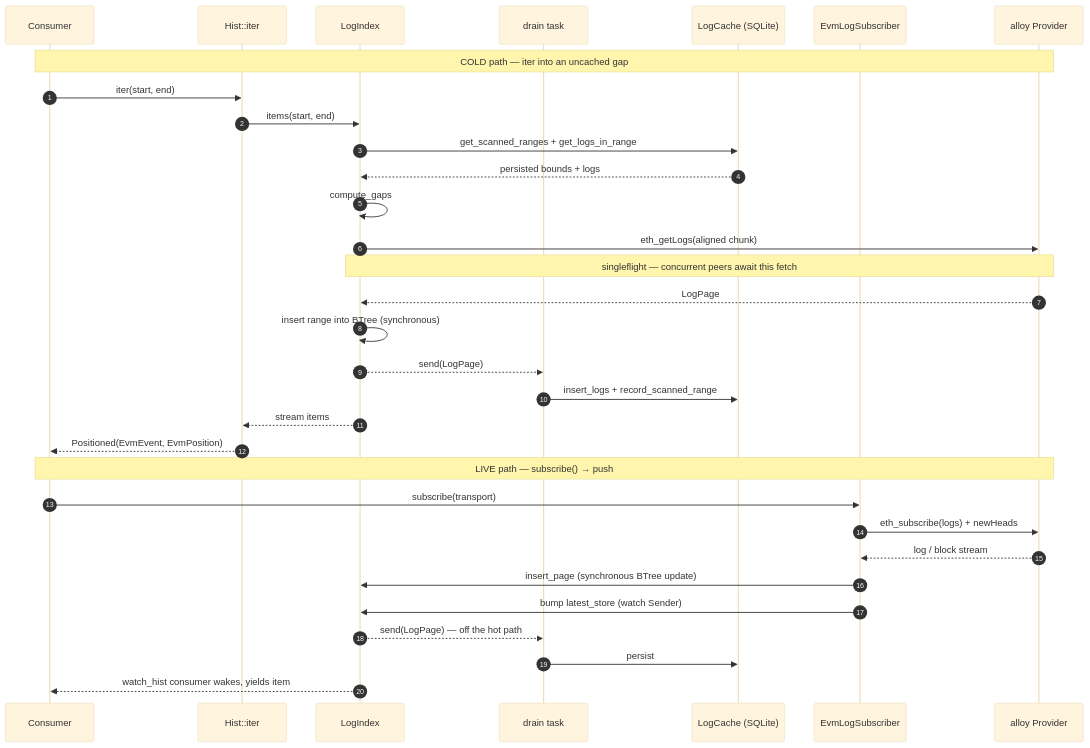
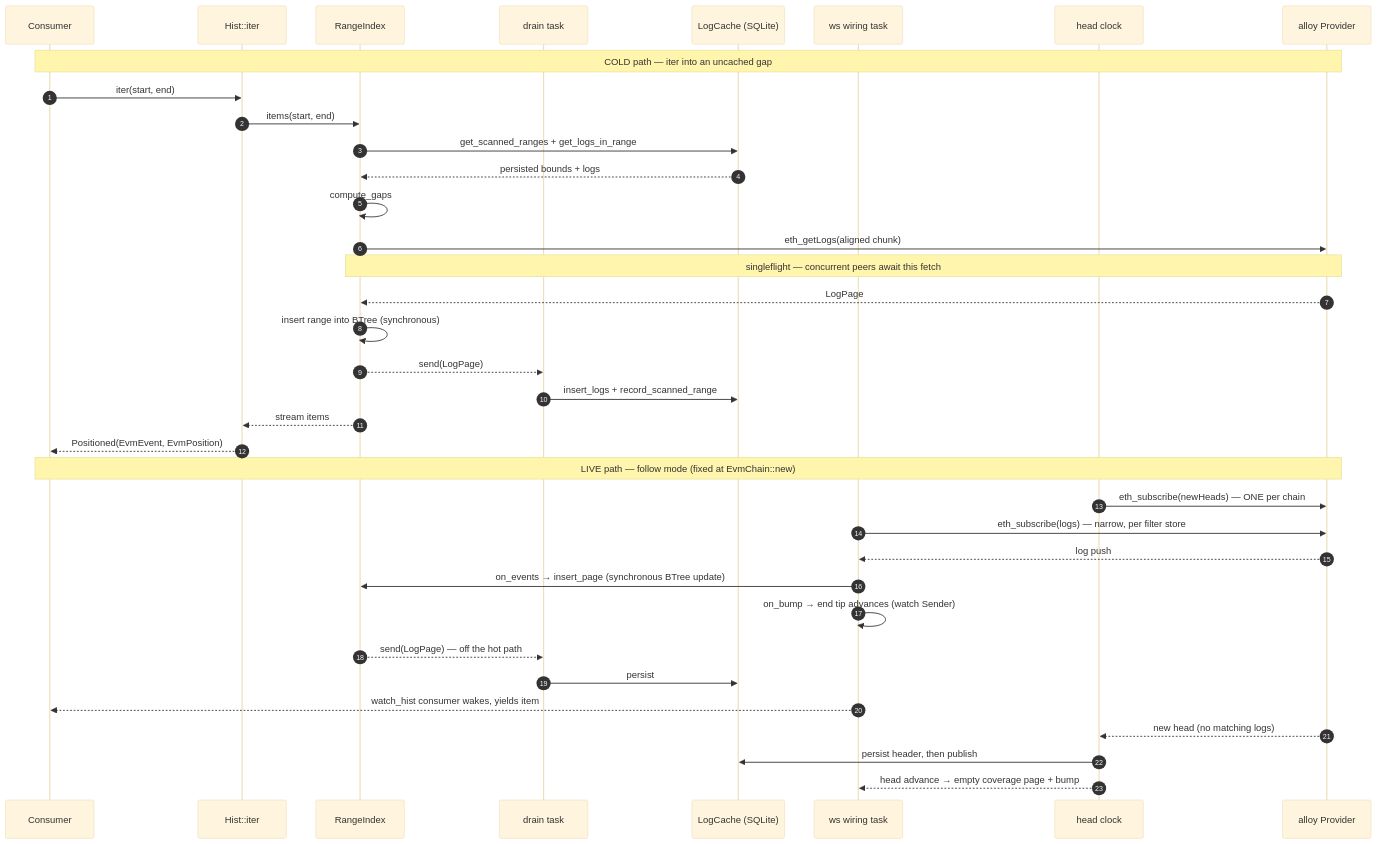
One commit to nikicat/chainfold changed the eighth of 12 diagrams in docs/ARCHITECTURE.md. Above: the diagram before and after it, drawn with Mermaid (base theme). The commit also changed other lines of this file and 2 other files, not shown here.

First line of the commit message:
docs: align ARCHITECTURE.md + refactor.md + TODO.md with shipped R3

````diff
--- a/docs/ARCHITECTURE.md
+++ b/docs/ARCHITECTURE.md
@@ -817,36 +852,40 @@
 ```mermaid
 sequenceDiagram
     autonumber
     participant App as Consumer
     participant Hist as Hist::iter
-    participant Idx as LogIndex
+    participant Idx as RangeIndex
     participant Drain as drain task
     participant DB as LogCache (SQLite)
-    participant Sub as EvmLogSubscriber
+    participant Wire as ws wiring task
+    participant Clock as head clock
     participant RPC as alloy Provider
 
     Note over App,RPC: COLD path — iter into an uncached gap
     App->>Hist: iter(start, end)
     Hist->>Idx: items(start, end)
     Idx->>DB: get_scanned_ranges + get_logs_in_range
     DB-->>Idx: persisted bounds + logs
     Idx->>Idx: compute_gaps
     Idx->>RPC: eth_getLogs(aligned chunk)
     Note over Idx,RPC: singleflight — concurrent peers await this fetch
     RPC-->>Idx: LogPage
     Idx->>Idx: insert range into BTree (synchronous)
     Idx-->>Drain: send(LogPage)
     Drain->>DB: insert_logs + record_scanned_range
     Idx-->>Hist: stream items
     Hist-->>App: Positioned(EvmEvent, EvmPosition)
 
-    Note over App,RPC: LIVE path — subscribe() → push
-    App->>Sub: subscribe(transport)
-    Sub->>RPC: eth_subscribe(logs) + newHeads
-    RPC-->>Sub: log / block stream
-    Sub->>Idx: insert_page (synchronous BTree update)
-    Sub->>Idx: bump latest_store (watch Sender)
+    Note over App,RPC: LIVE path — follow mode (fixed at EvmChain::new)
+    Clock->>RPC: eth_subscribe(newHeads) — ONE per chain
+    Wire->>RPC: eth_subscribe(logs) — narrow, per filter store
+    RPC-->>Wire: log push
+    Wire->>Idx: on_events → insert_page (synchronous BTree update)
+    Wire->>Wire: on_bump → end tip advances (watch Sender)
     Idx-->>Drain: send(LogPage) — off the hot path
     Drain->>DB: persist
-    Idx-->>App: watch_hist consumer wakes, yields item
+    Wire-->>App: watch_hist consumer wakes, yields item
+    RPC-->>Clock: new head (no matching logs)
+    Clock->>DB: persist header, then publish
+    Clock-->>Wire: head advance → empty coverage page + bump
 ```
````
